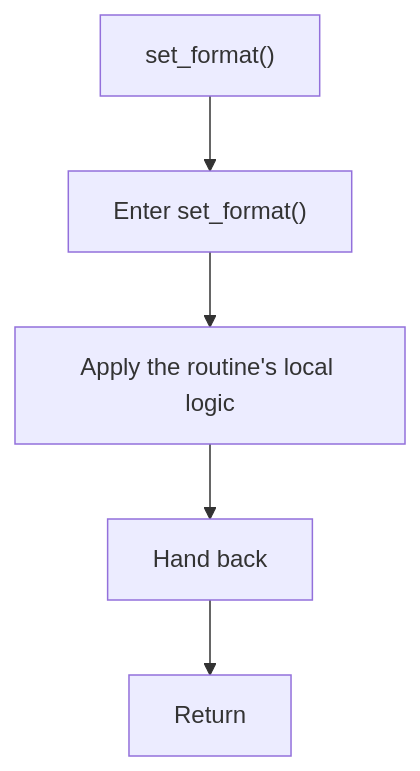
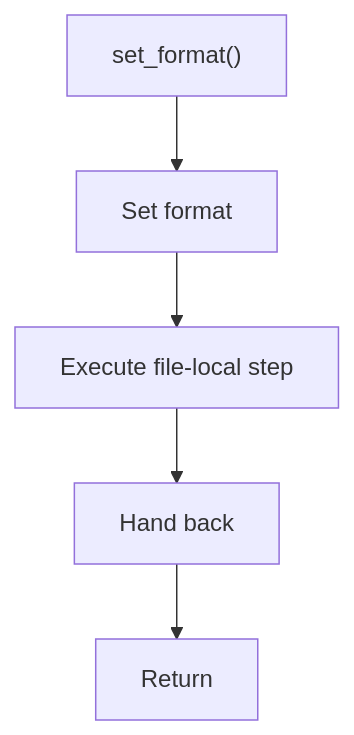
Before and after one commit to JohnAndrewBalbarosa/NeoTerritory: the fifth of 9 diagrams in docs/Codebase/LegacyPatternTransformSamples/legacy_singleton_to_builder_sample.cpp.md, drawn with Mermaid. The commit also changed other lines of this file and 925 other files, not shown here.

````diff
--- a/docs/Codebase/LegacyPatternTransformSamples/legacy_singleton_to_builder_sample.cpp.md
+++ b/docs/Codebase/LegacyPatternTransformSamples/legacy_singleton_to_builder_sample.cpp.md
@@ -129,12 +128,12 @@
 ```mermaid
 flowchart TD
     Start["set_format()"]
-    N0["Enter set_format()"]
-    N1["Apply the routine's local logic"]
+    N0["Set format"]
+    N1["Execute file-local step"]
     N2["Hand back"]
     End["Return"]
     Start --> N0
     N0 --> N1
     N1 --> N2
     N2 --> End
 ```
````
